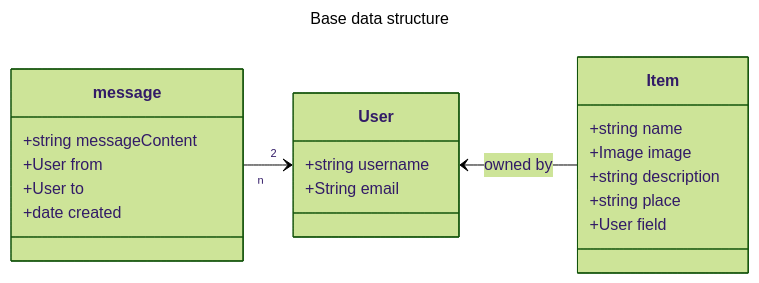
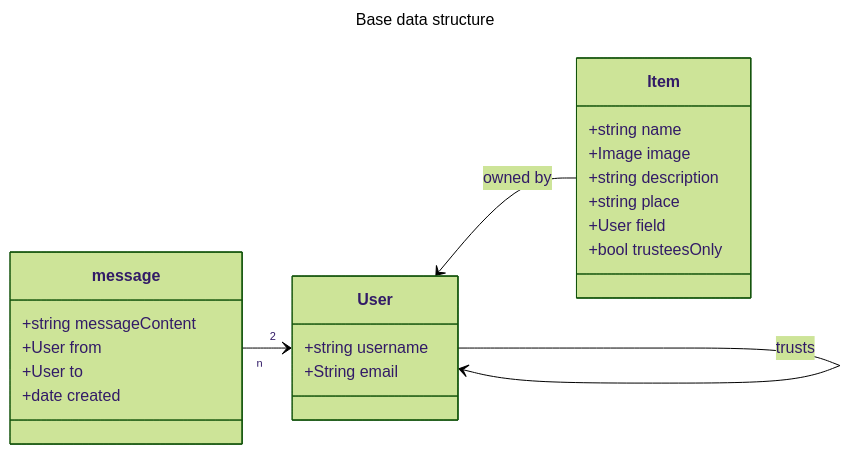
One commit to share-open-sharing-infrastructure/share-mvp changed the diagram in docs/domain-model.md. Above: the diagram before and after it, drawn with Mermaid (forest theme). The commit also changed other lines of this file and 10 other files, not shown here.

````diff
--- a/docs/domain-model.md
+++ b/docs/domain-model.md
@@ -5,29 +5,31 @@
 ```mermaid
 ---
 title: Base data structure
 ---
 classDiagram
     direction LR
 
     class User{
         +string username
         +String email
     }
+    User --> User : trusts
 
     class Item{
         +string name
         +Image image
         +string description
         +string place
         +User field <!-- this is currently misnamed, have to adapt in DB and then in code -->
+        +bool trusteesOnly
     }
     User <-- Item : owned by
 
     class message{
         +string messageContent
         +User from
         +User to
         +date created
     }
     message "n" --> "2" User
 ```
````
